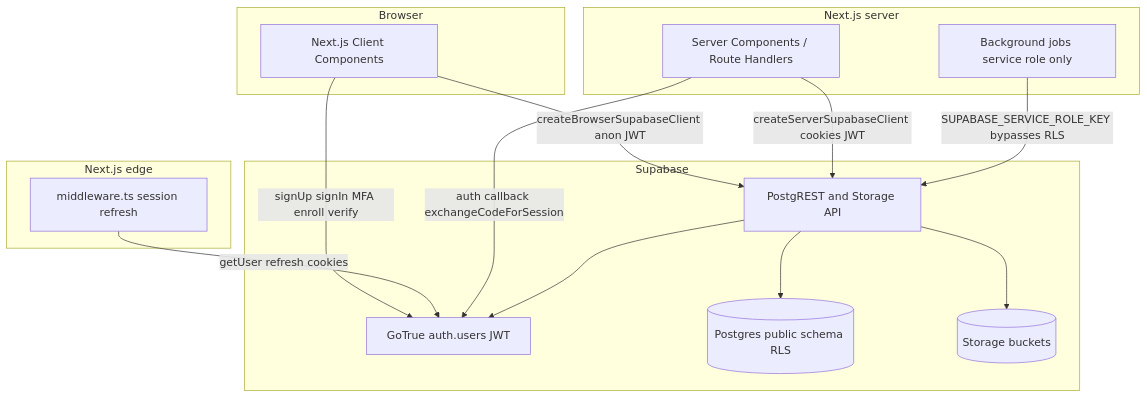
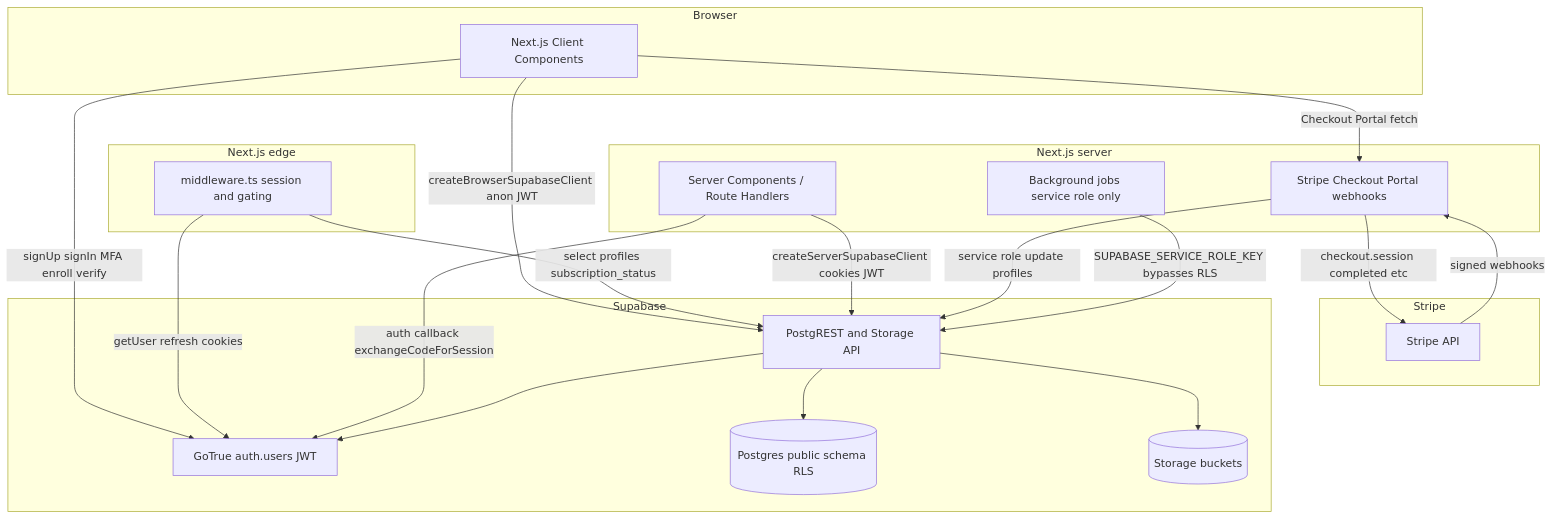
The diagram in DATA_FLOW.md (protektiq/arbor), drawn with Mermaid before and after one commit. The commit also changed other lines of this file and 18 other files, not shown here.

````diff
--- a/DATA_FLOW.md
+++ b/DATA_FLOW.md
@@ -5,28 +5,37 @@
 ```mermaid
 flowchart TB
   subgraph client [Browser]
     nextClient[Next.js Client Components]
   end
   subgraph edge [Next.js edge]
-    mw[middleware.ts session refresh]
+    mw[middleware.ts session and gating]
   end
   subgraph server [Next.js server]
     rsc[Server Components / Route Handlers]
     jobs[Background jobs service role only]
+    stripeApi[Stripe Checkout Portal webhooks]
+  end
+  subgraph stripe [Stripe]
+    stripeHost[Stripe API]
   end
   subgraph supa [Supabase]
     auth[GoTrue auth.users JWT]
     api[PostgREST and Storage API]
     pg[(Postgres public schema RLS)]
     st[(Storage buckets)]
   end
   nextClient -->|signUp signIn MFA enroll verify| auth
   nextClient -->|createBrowserSupabaseClient anon JWT| api
+  nextClient -->|Checkout Portal fetch| stripeApi
   mw -->|getUser refresh cookies| auth
+  mw -->|select profiles subscription_status| api
   rsc -->|createServerSupabaseClient cookies JWT| api
   rsc -->|auth callback exchangeCodeForSession| auth
+  stripeApi -->|checkout.session completed etc| stripeHost
+  stripeHost -->|signed webhooks| stripeApi
+  stripeApi -->|service role update profiles| api
   jobs -->|SUPABASE_SERVICE_ROLE_KEY bypasses RLS| api
   api --> auth
   api --> pg
   api --> st
 ```
````
